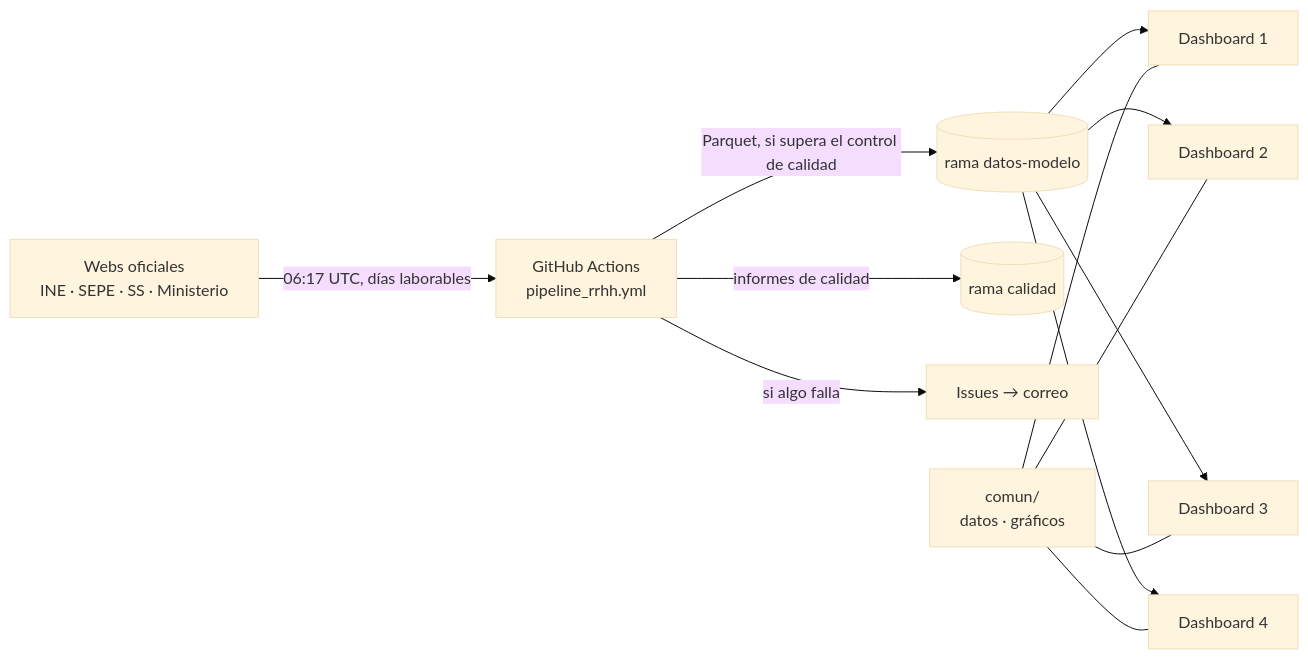
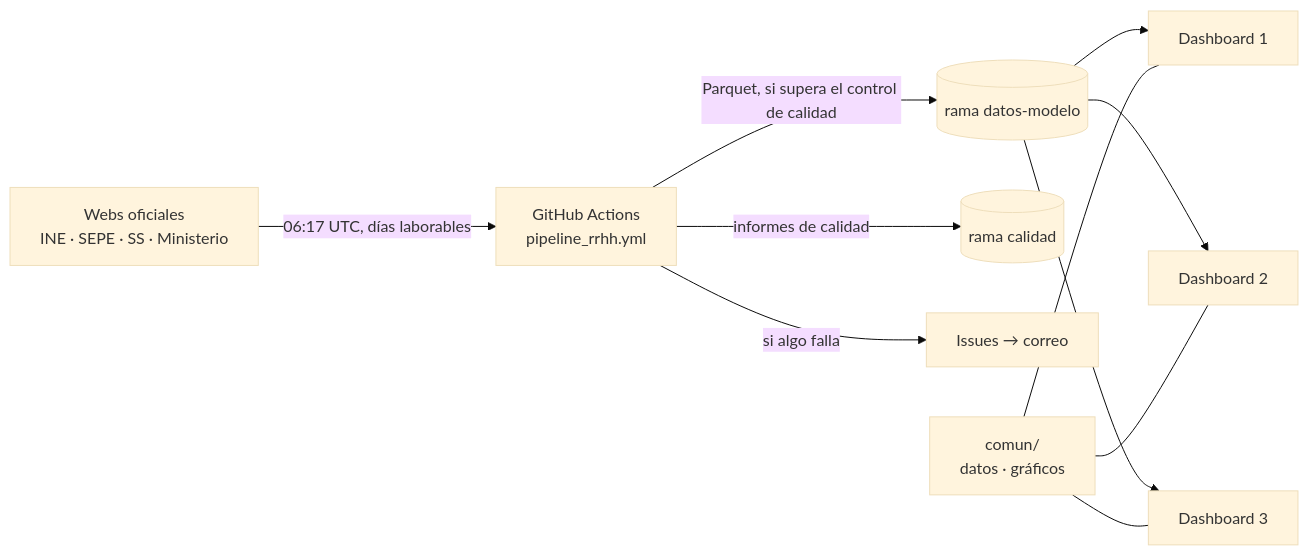
One commit to javiermcb/Dashboard_-Espa-a_Empleo changed the diagram in README.md. Above: the diagram before and after it, drawn with Mermaid (base theme). The commit also changed other lines of this file and 11 other files, not shown here.

First line of the commit message:
Dashboard 1: jóvenes NEET (15-29) con los datos disponibles; mart_neet; fuera dashboard_4

````diff
--- a/README.md
+++ b/README.md
@@ -9,9 +9,9 @@
 ```mermaid
 flowchart LR
   F[Webs oficiales<br>INE · SEPE · SS · Ministerio] -->|06:17 UTC, días laborables| P[GitHub Actions<br>pipeline_rrhh.yml]
   P -->|Parquet, si supera el control de calidad| D[(rama datos-modelo)]
   P -->|informes de calidad| C[(rama calidad)]
   P -->|si algo falla| I[Issues → correo]
-  D --> A1[Dashboard 1] & A2[Dashboard 2] & A3[Dashboard 3] & A4[Dashboard 4]
-  CO[comun/<br>datos · gráficos] --- A1 & A2 & A3 & A4
+  D --> A1[Dashboard 1] & A2[Dashboard 2] & A3[Dashboard 3]
+  CO[comun/<br>datos · gráficos] --- A1 & A2 & A3
 ```
````
